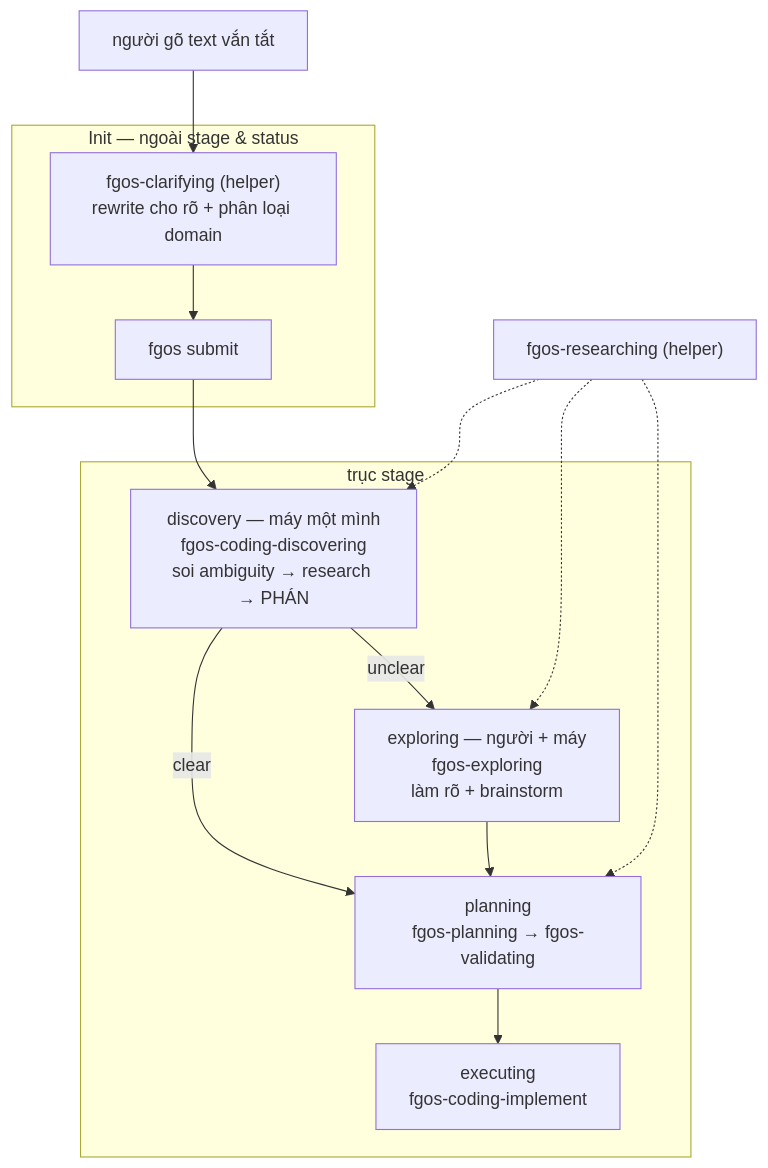
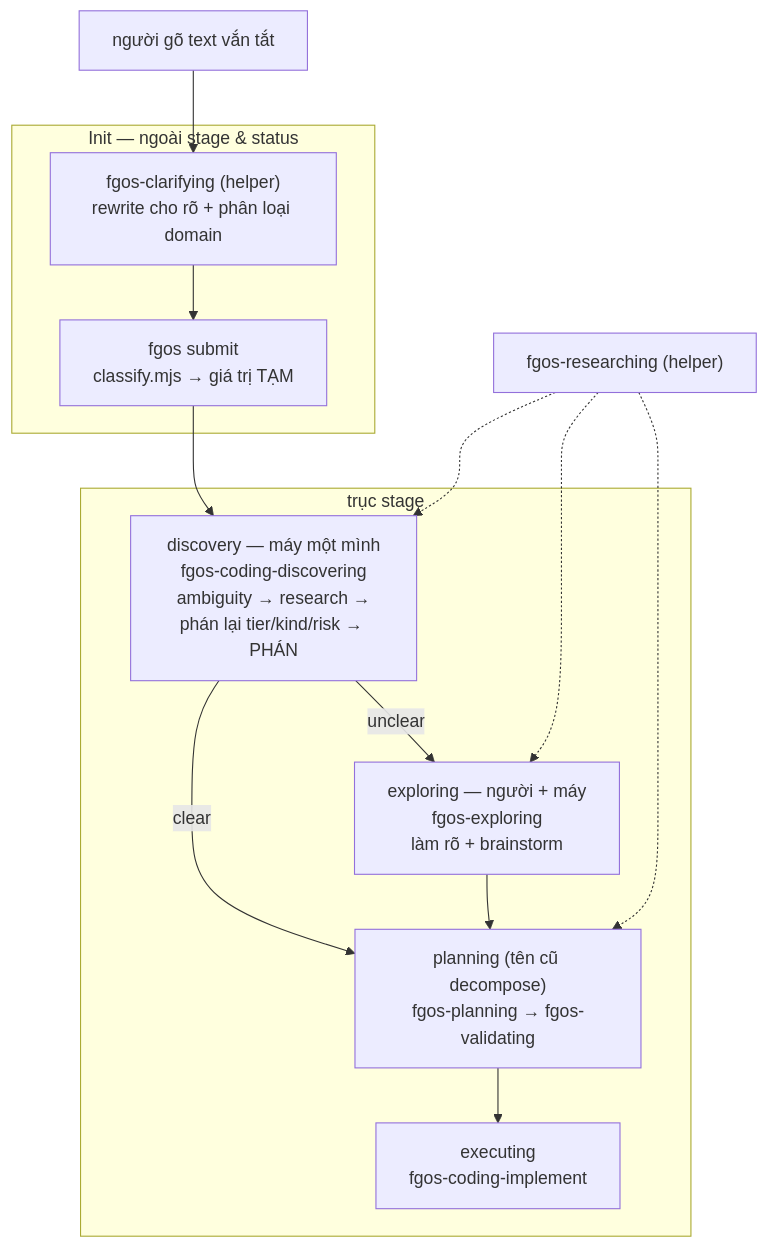
One commit to vantt/forgent changed the diagram in docs/history/discover-stage-graph-and-skill-layering/DISCUSSION.md. Above: the diagram before and after it, drawn with Mermaid. The commit also changed other lines of this file, not shown here.

````diff
--- a/docs/history/discover-stage-graph-and-skill-layering/DISCUSSION.md
+++ b/docs/history/discover-stage-graph-and-skill-layering/DISCUSSION.md
@@ -214,23 +280,23 @@
 ```mermaid
 flowchart TD
     T["người gõ text vắn tắt"] --> C
     subgraph INIT["Init — ngoài stage & status"]
         C["fgos-clarifying (helper)<br/>rewrite cho rõ + phân loại domain"]
-        S["fgos submit"]
+        S["fgos submit<br/>classify.mjs → giá trị TẠM"]
         C --> S
     end
     S --> D
     subgraph STAGE["trục stage"]
-        D["discovery — máy một mình<br/>fgos-coding-discovering<br/>soi ambiguity → research → PHÁN"]
+        D["discovery — máy một mình<br/>fgos-coding-discovering<br/>ambiguity → research →<br/>phán lại tier/kind/risk → PHÁN"]
         E["exploring — người + máy<br/>fgos-exploring<br/>làm rõ + brainstorm"]
-        P["planning<br/>fgos-planning → fgos-validating"]
+        P["planning (tên cũ decompose)<br/>fgos-planning → fgos-validating"]
         X["executing<br/>fgos-coding-implement"]
         D -- "clear" --> P
         D -- "unclear" --> E
         E --> P
         P --> X
     end
     R["fgos-researching (helper)"] -.-> D
     R -.-> E
     R -.-> P
 ```
````
